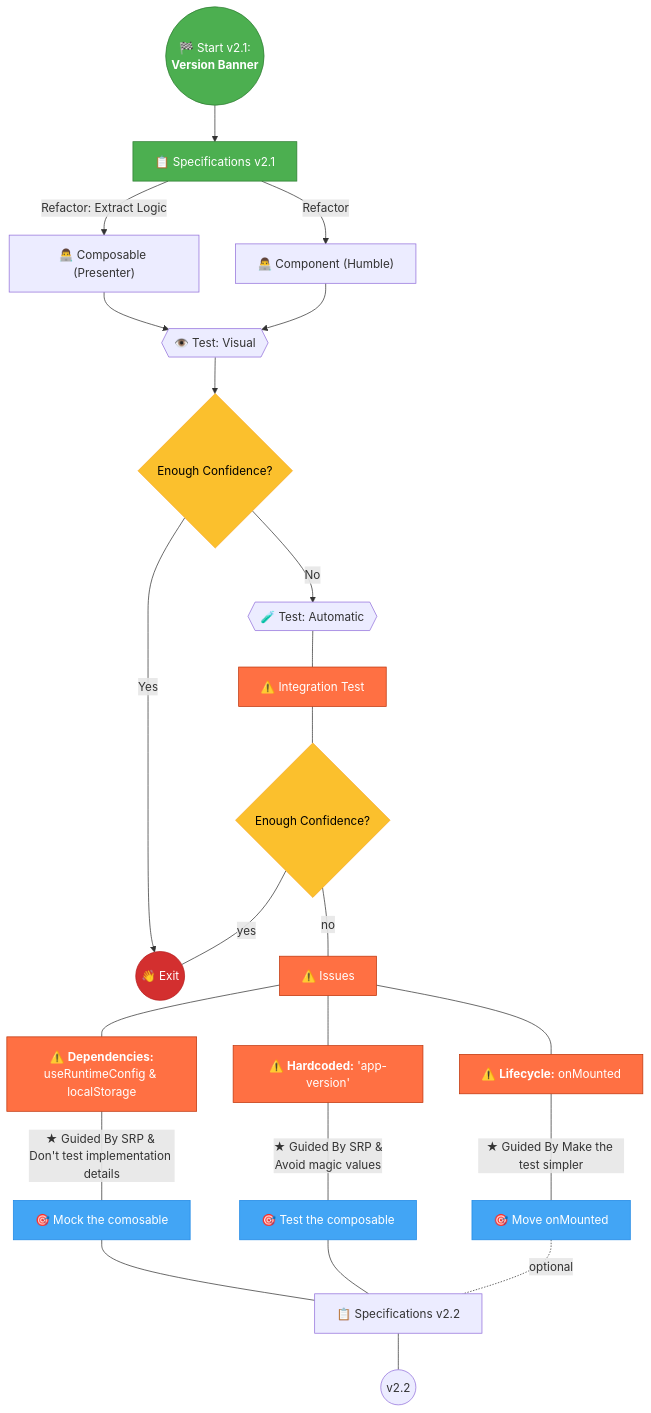
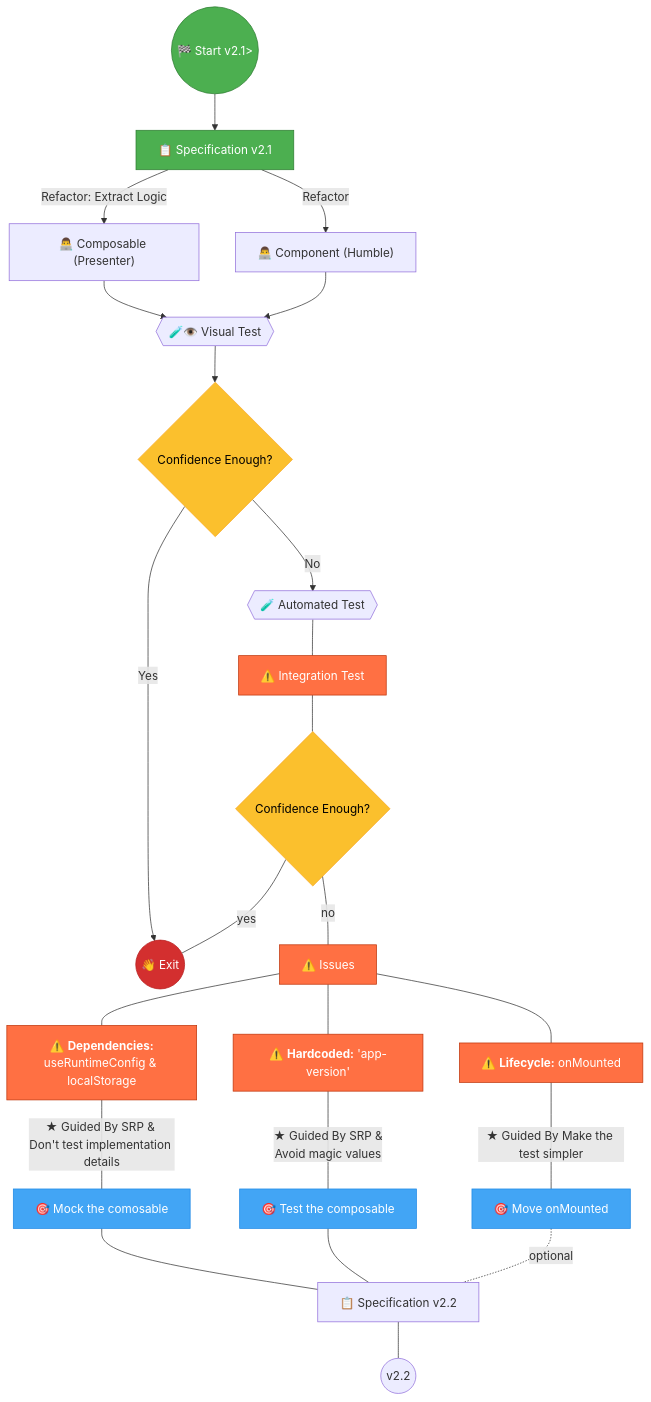
The diagram in docs/Testing a Simple Nuxt Feature - 4 - Testing the component (v2-1).md (jeromeabel/nuxt-clean-architecture), drawn with Mermaid before and after one commit. The commit also changed other lines of this file and 3 other files, not shown here.

Commit message:
docs(version): add v2.3 decision map

````diff
--- a/docs/Testing a Simple Nuxt Feature - 4 - Testing the component (v2-1).md
+++ b/docs/Testing a Simple Nuxt Feature - 4 - Testing the component (v2-1).md
@@ -177,64 +179,64 @@
 ```mermaid
 graph TB
 
     %% Start
-    A((🏁 Start v2.1:<br><b>Version Banner</b>)):::start
+    A((🏁 Start v2.1>)):::start
 
-    %% Specs v2 Checklist
-    B[📋 Specifications v2.1]:::start
+    %% Spec v2 Checklist
+    B[📋 Specification v2.1]:::start
 
     %% Development Process
     C2["👨‍💻 Component (Humble)"]
     C1["👨‍💻 Composable (Presenter)"]
 
-    D{{👁️ Test: Visual}}
-    E{Enough Confidence?}:::decision
+    D{{🧪👁️ Visual Test}}
+    E{Confidence Enough?}:::decision
     F((👋 Exit)):::exit
 
     %% Test
-    G{{🧪 Test: Automatic}}
+    G{{🧪 Automated Test}}
 
     %% Issues
     H[⚠️ Integration Test]:::issue
-    I{Enough Confidence?}:::decision
+    I{Confidence Enough?}:::decision
 
     J[⚠️ Issues]:::issue
     K1["⚠️ <b>Dependencies:</b><br>useRuntimeConfig & localStorage"]:::issue
     K2["⚠️ <b>Hardcoded:</b> 'app-version'"]:::issue
-    K3[⚠️ <b>Lifecycle:</b> onMounted]:::issue
+    K3["⚠️ <b>Lifecycle:</b> onMounted"]:::issue
 
     L1[🎯 Mock the comosable]:::action
     L2[🎯 Test the composable]:::action
     L3[🎯 Move onMounted]:::action
 
-    M[📋 Specifications v2.2]
+    M[📋 Specification v2.2]
     N((v2.2))
 
     %% Connections
     A --> B
     B --> | Refactor | C2
     B --> | Refactor: Extract Logic | C1
     C1 & C2 --> D
     D --> E
     E --> |Yes| F
     E --> |No| G
     %%G --- |"Refactor: add nextTick"| G
     G --- H
     H --- I
     I --- |yes| F
     I --- |no| J --- K1 & K2 & K3
     K1 --- |"★ Guided By SRP & <br>Don't test implementation details"|L1
     K2 --- |★ Guided By SRP & <br>Avoid magic values|L2
     K3 --- |"★ Guided By Make the test simpler"|L3
     L1 & L2 --- M
     L3 -.- |optional|M
     M --- N
 
     %% Define Styles %%
     classDef start fill:#4CAF50,stroke:#2E7D32,color:#FFFFFF;
     classDef exit fill:#D32F2F,stroke:#B71C1C,color:#FFFFFF;
     classDef decision fill:#FBC02D,stroke:#F9A825,color:#000000;
     classDef issue fill:#FF7043,stroke:#BF360C,color:#FFFFFF;
     classDef action fill:#42A5F5,stroke:#1E88E5,color:#FFFFFF;
     classDef checklist fill:#E1F5FE,stroke:#0277BD,color:#000000
 ```
````
